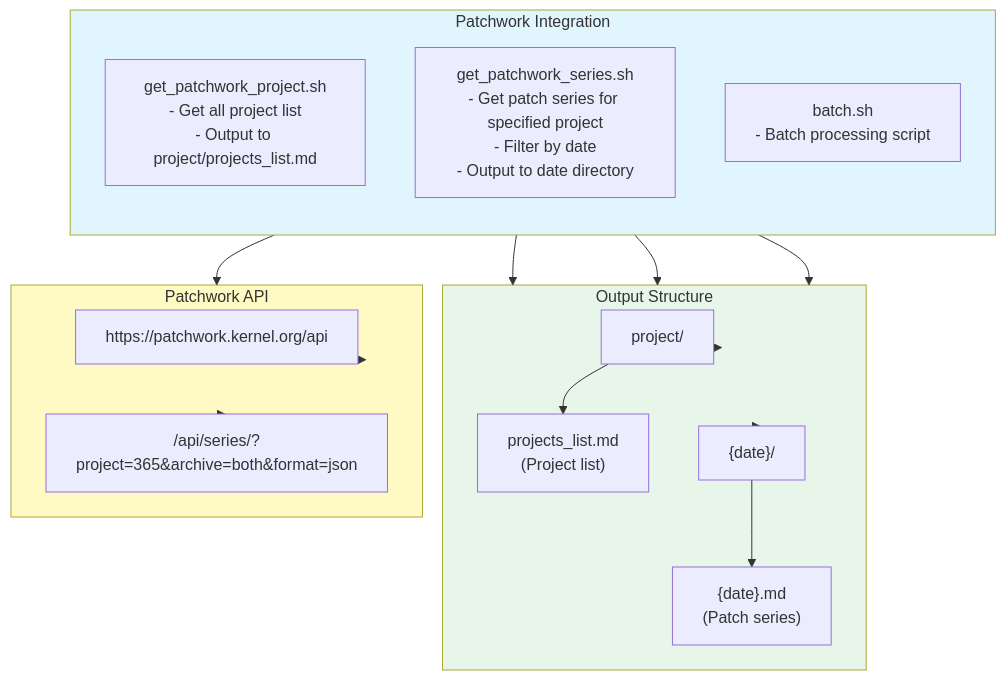
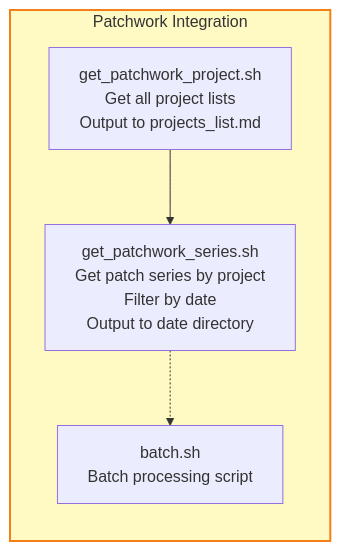
The diagram in diagrams/patchwork.mmd (gatieme/kde), drawn with Mermaid before and after one commit. The commit also changed other lines of this file and 66 other files, not shown here.

First line of the commit message:
docs(diagrams): regenerate and update architecture diagrams

````diff
--- a/diagrams/patchwork.mmd
+++ b/diagrams/patchwork.mmd
@@ -3,42 +1,12 @@
-```mermaid
-flowchart TD
-    subgraph Patchwork["Patchwork Integration"]
+flowchart LR
+    subgraph Integration["Patchwork Integration"]
         direction TB
-
-        GET_PROJECT["get_patchwork_project.sh<br/>- Get all project list<br/>- Output to project/projects_list.md"]
-
-        GET_SERIES["get_patchwork_series.sh<br/>- Get patch series for specified project<br/>- Filter by date<br/>- Output to date directory"]
-
-        BATCH["batch.sh<br/>- Batch processing script"]
+        GET_PROJECT["get_patchwork_project.sh<br/>Get all project lists<br/>Output to projects_list.md"]
+        GET_SERIES["get_patchwork_series.sh<br/>Get patch series by project<br/>Filter by date<br/>Output to date directory"]
+        BATCH["batch.sh<br/>Batch processing script"]
     end
 
-    subgraph Output["Output Structure"]
-        PROJECT_DIR["project/"]
-        PROJECTS_LIST["projects_list.md<br/>(Project list)"]
-        DATE_DIR["{date}/"]
-        DATE_FILE["{date}.md<br/>(Patch series)"]
-    end
+    GET_PROJECT --> GET_SERIES
+    GET_SERIES -.-> BATCH
 
-    GET_PROJECT --> Output
-    GET_SERIES --> Output
-    BATCH --> Output
-
-    Output --> PROJECT_DIR
-    PROJECT_DIR --> PROJECTS_LIST
-
-    Output --> DATE_DIR
-    DATE_DIR --> DATE_FILE
-
-    subgraph API["Patchwork API"]
-        API_URL["https://patchwork.kernel.org/api"]
-        SERIES_API["/api/series/?project=365&archive=both&format=json"]
-    end
-
-    GET_SERIES --> API
-    API --> API_URL
-    API --> SERIES_API
-
-    style Patchwork fill:#e1f5fe
-    style Output fill:#e8f5e9
-    style API fill:#fff9c4
-```
+    style Integration fill:#fff9c4,stroke:#f57f17,stroke-width:2px
````
